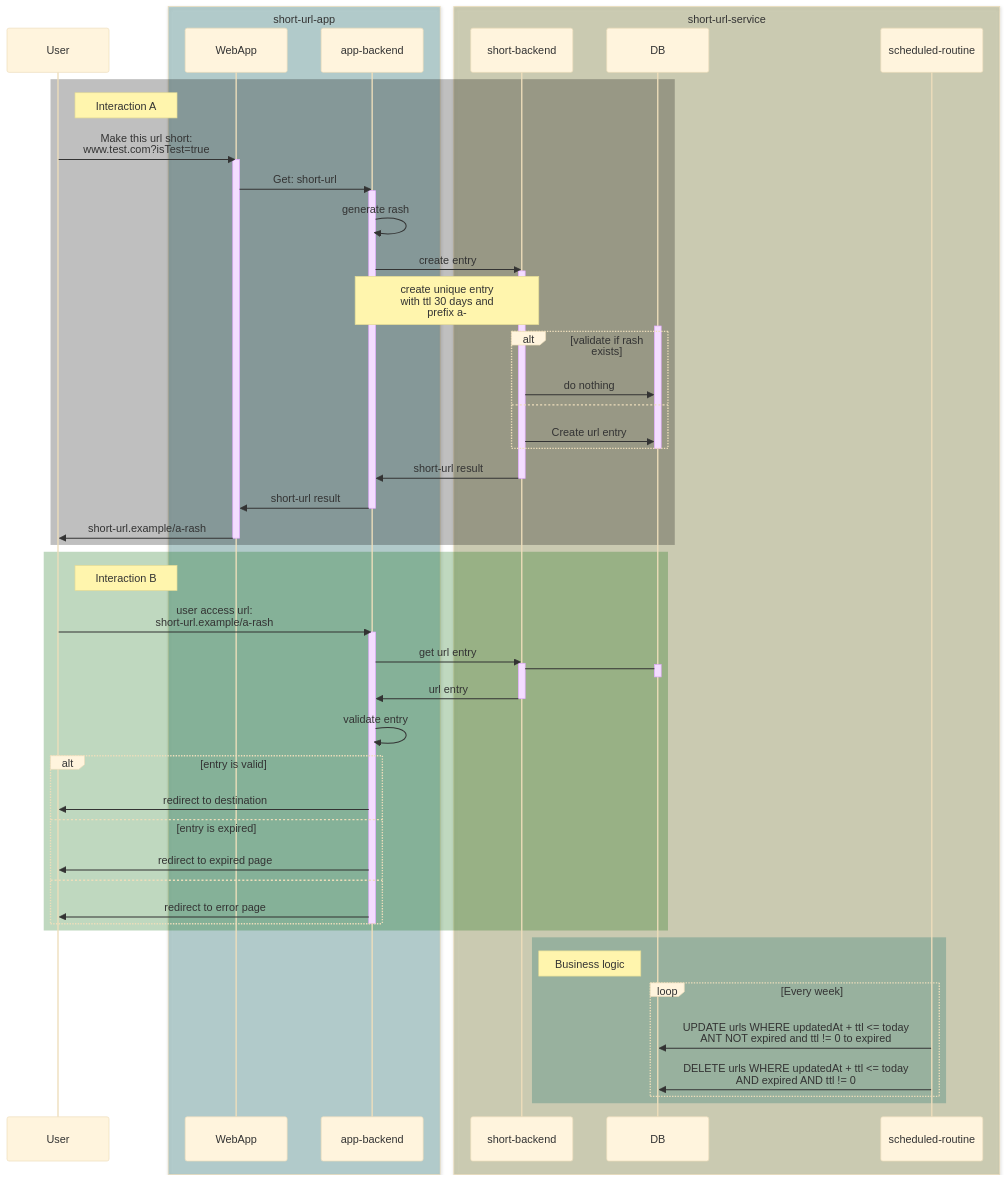
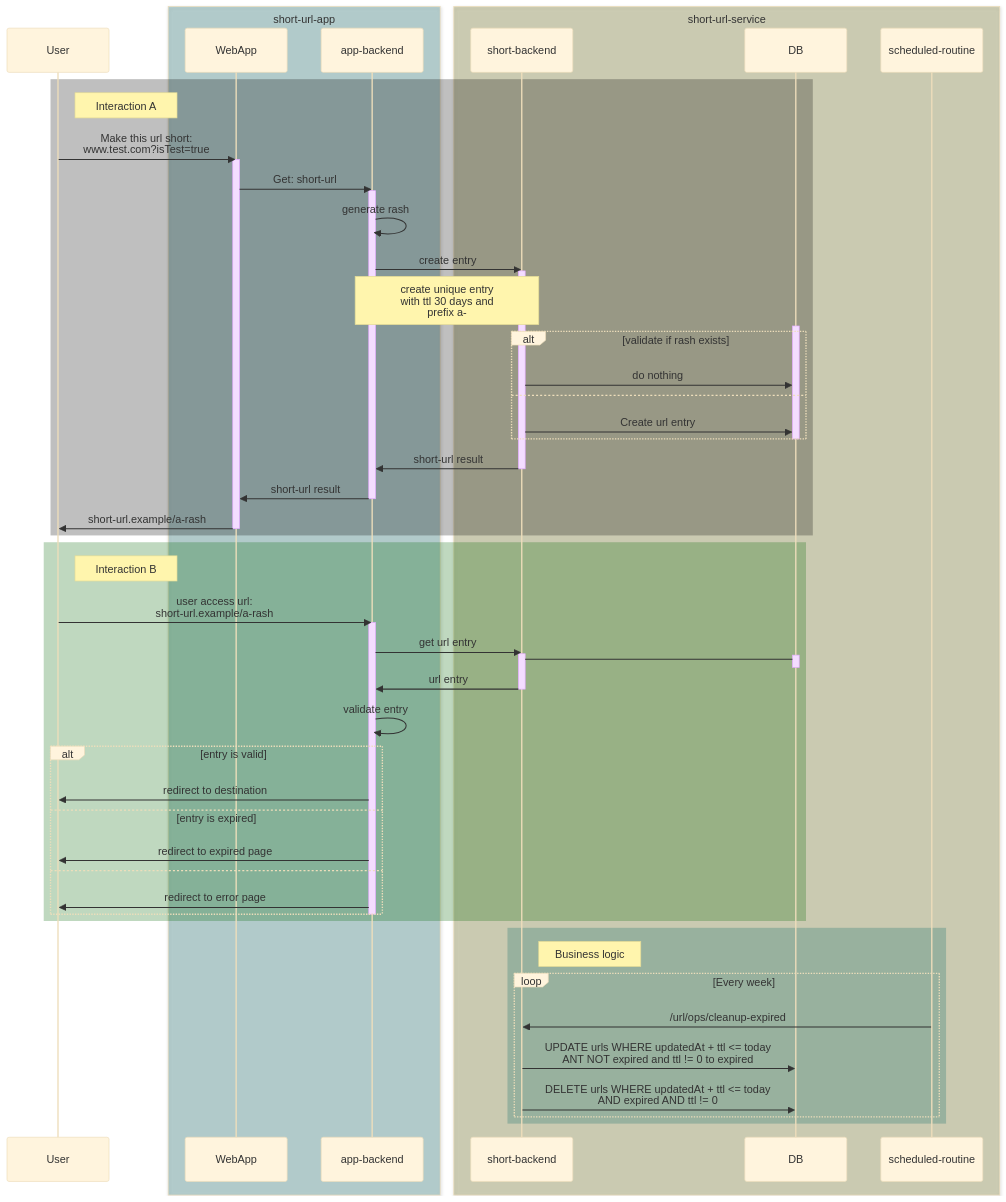
The diagram in doc/sequence.md (vzsoares/shortener), drawn with Mermaid (base theme) before and after one commit. The commit also changed 2 other files, not shown here.

Commit message:
chr: document service api

````diff
--- a/doc/sequence.md
+++ b/doc/sequence.md
@@ -1,66 +1,67 @@
 ```mermaid
 sequenceDiagram
 
 participant u as User
 box rgba(0,100,100,0.25) short-url-app
 participant w as WebApp
 participant b as app-backend
 end
 box rgba(100,100,0,0.25) short-url-service
 participant s as short-backend
 participant d as DB
 participant r as scheduled-routine
 end
 rect rgba(0,0,0,0.25)
 note right of u: Interaction A
     u->>w: Make this url short:<br/> www.test.com?isTest=true
     activate w
     w->>b: Get: short-url
     activate b
     b->>b: generate rash
     b->>s: create entry
     activate s
     note over s,b: create unique entry<br/>with ttl 30 days and<br/>prefix a-
     activate d
     alt validate if rash exists
         s->>d: do nothing
     else
         s->>d: Create url entry
     end
     deactivate d
     s->>b: short-url result
     deactivate s
     b->>w: short-url result
     deactivate b
     w->>u: short-url.example/a-rash
     deactivate w
 end
 rect rgba(0,100,0,0.25)
 note right of u: Interaction B
     u->>b: user access url:<br/>short-url.example/a-rash
     activate b
     b->>s: get url entry
     activate s
     activate d
     s->d: 
     deactivate d
     s->>b: url entry
     deactivate s
     b->>b: validate entry
     alt entry is valid
         b->>u: redirect to destination
     else entry is expired
         b->>u: redirect to expired page
     else
         b->>u: redirect to error page
     end
     deactivate b
 end
 rect rgba(0,100,100,0.25)
 note right of s: Business logic
     loop Every week
-    r->>d: UPDATE urls WHERE updatedAt + ttl <= today<br/> ANT NOT expired and ttl != 0 to expired
-    r->>d: DELETE urls WHERE updatedAt + ttl <= today<br/> AND expired AND ttl != 0
+    r->>s: /url/ops/cleanup-expired
+    s->>d: UPDATE urls WHERE updatedAt + ttl <= today<br/> ANT NOT expired and ttl != 0 to expired
+    s->>d: DELETE urls WHERE updatedAt + ttl <= today<br/> AND expired AND ttl != 0
     end
 end
 ```
````
